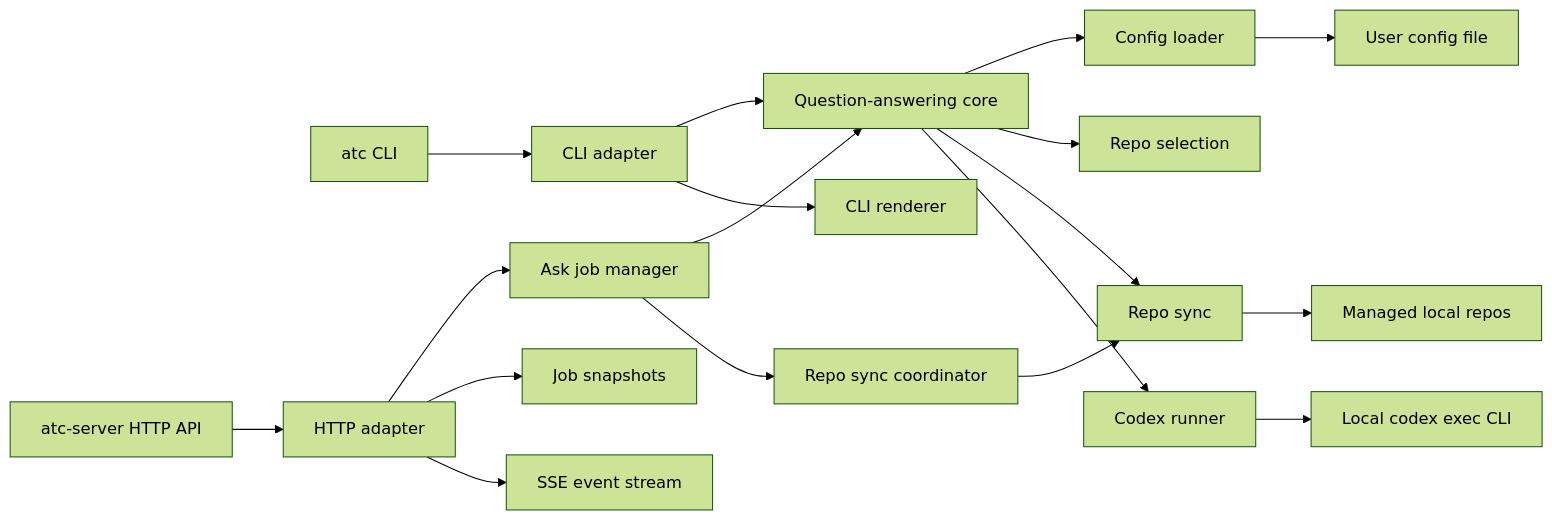
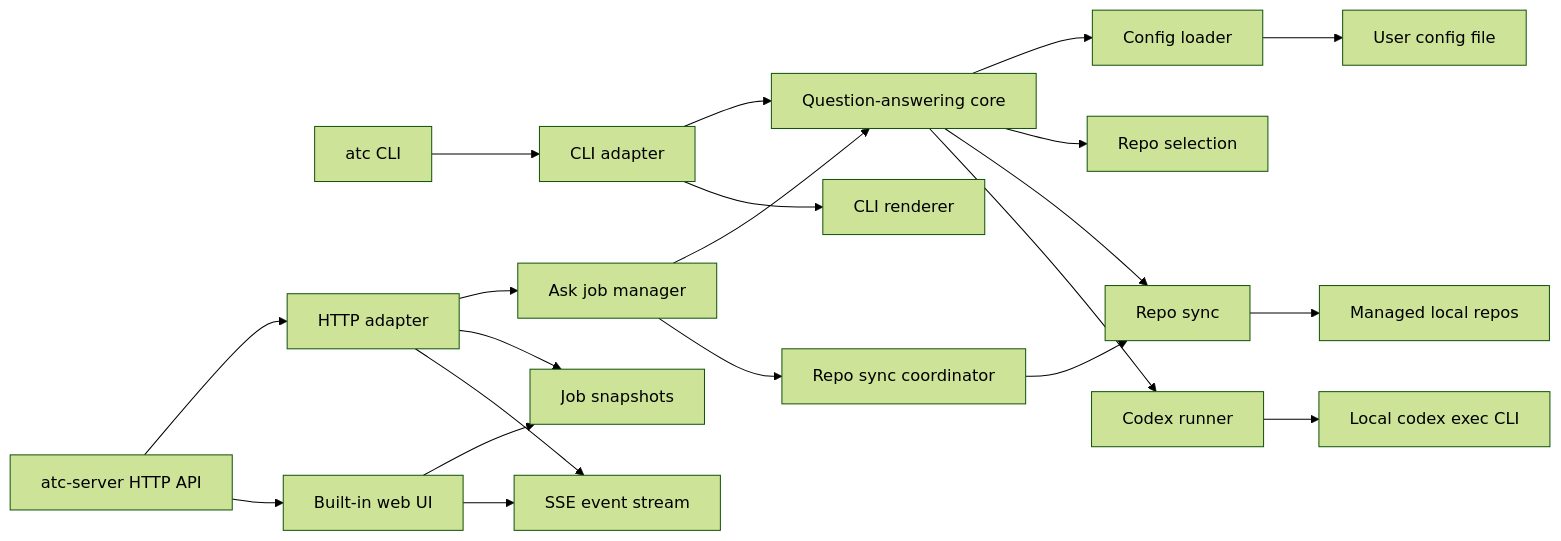
One commit to leanish/ask-the-code changed the first of 2 diagrams in specs/architecture.md. Above: the diagram before and after it, drawn with Mermaid (forest theme). The commit also changed other lines of this file and 69 other files, not shown here.

````diff
--- a/specs/architecture.md
+++ b/specs/architecture.md
@@ -9,24 +9,27 @@
 ```mermaid
 flowchart LR
   CLI["atc CLI"] --> CLIAdapter["CLI adapter"]
   HTTP["atc-server HTTP API"] --> HttpAdapter["HTTP adapter"]
+  HTTP --> WebUI["Built-in web UI"]
   HttpAdapter --> Jobs["Ask job manager"]
   CLIAdapter --> Core["Question-answering core"]
   Jobs --> Core
 
   Core --> Config["Config loader"]
   Core --> Selection["Repo selection"]
   Core --> Sync["Repo sync"]
   Core --> Codex["Codex runner"]
 
   SyncCoordinator["Repo sync coordinator"] --> Sync
   Jobs --> SyncCoordinator
 
   CLIAdapter --> Render["CLI renderer"]
   HttpAdapter --> Polling["Job snapshots"]
   HttpAdapter --> SSE["SSE event stream"]
+  WebUI --> Polling
+  WebUI --> SSE
 
   Config --> UserConfig["User config file"]
   Sync --> ManagedRepos["Managed local repos"]
   Codex --> CodexCli["Local codex exec CLI"]
 ```
````
